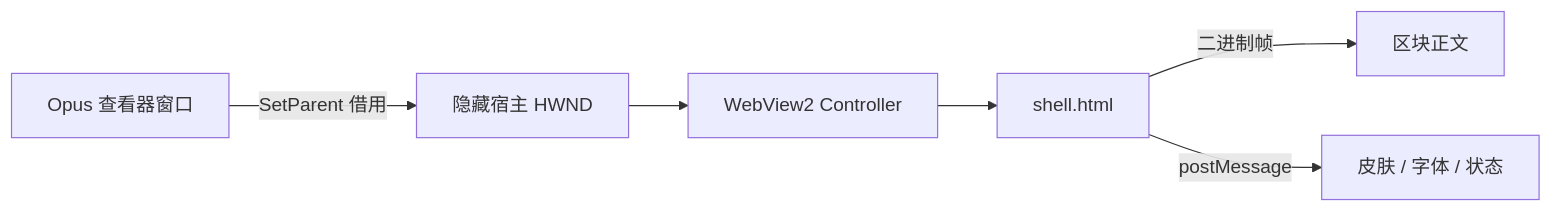
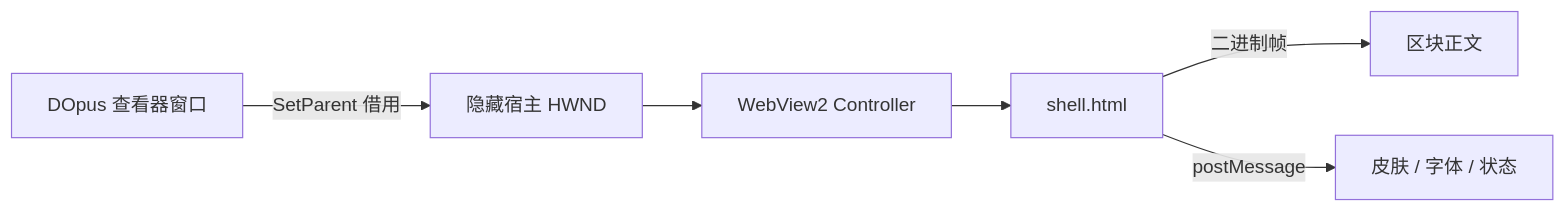
The first of 3 diagrams in samples/math-mermaid.md (dsqm/DopusMdViewer), drawn with Mermaid before and after one commit. The commit also changed other lines of this file and 28 other files, not shown here.

````diff
--- a/samples/math-mermaid.md
+++ b/samples/math-mermaid.md
@@ -7,8 +7,8 @@
 ```mermaid
 flowchart LR
-  A[Opus 查看器窗口] -->|SetParent 借用| B[隐藏宿主 HWND]
+  A[DOpus 查看器窗口] -->|SetParent 借用| B[隐藏宿主 HWND]
   B --> C[WebView2 Controller]
   C --> D[shell.html]
   D -->|二进制帧| E[区块正文]
   D -->|postMessage| F[皮肤 / 字体 / 状态]
 ```
````
